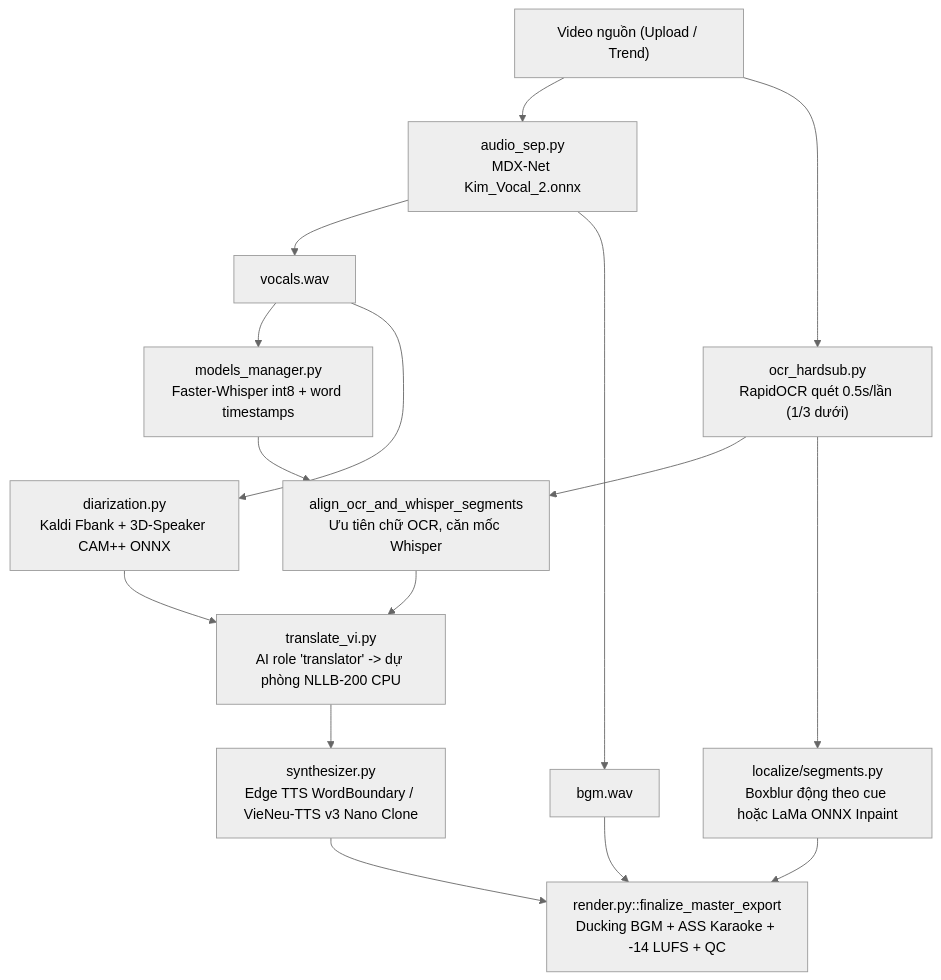
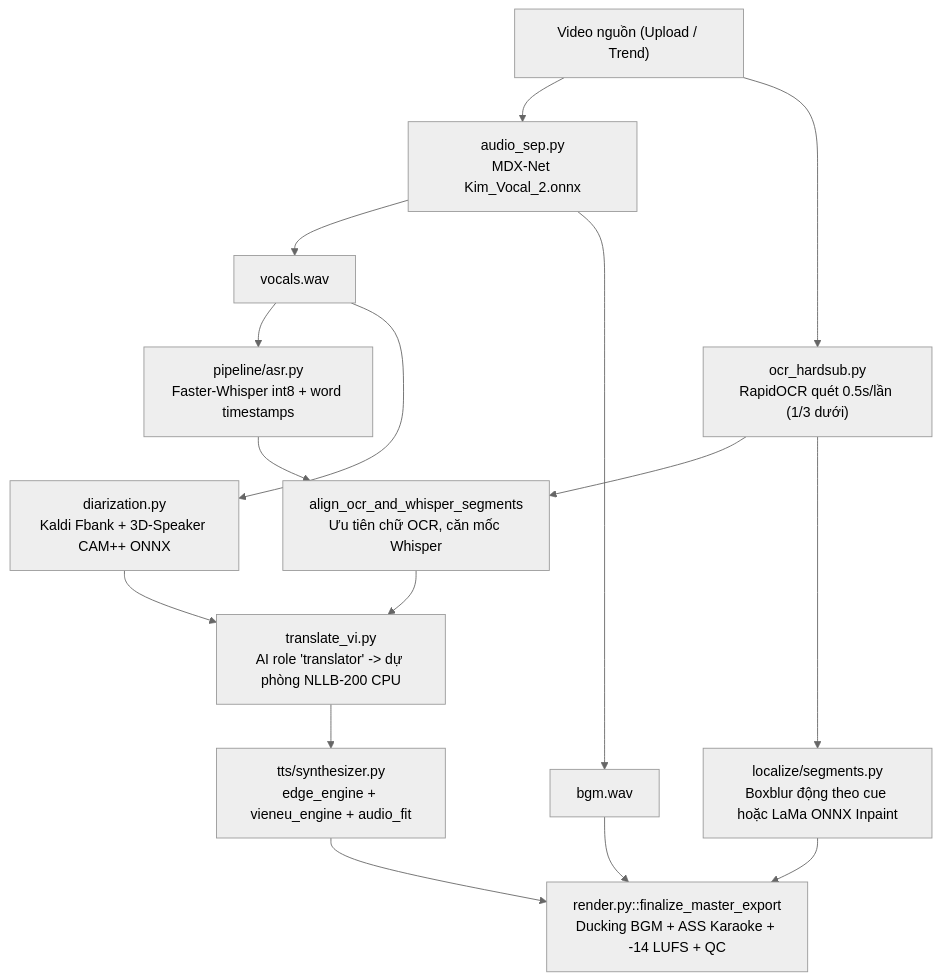
Before and after one commit to BlackWeirdo/video-creating: the second of 2 diagrams in docs/v2-handover.md, drawn with Mermaid (neutral theme). The commit also changed other lines of this file, not shown here.

````diff
--- a/docs/v2-handover.md
+++ b/docs/v2-handover.md
@@ -41,13 +45,13 @@
 ```mermaid
 flowchart TD
   SRC["Video nguồn (Upload / Trend)"] --> MDX["audio_sep.py\nMDX-Net Kim_Vocal_2.onnx"]
   SRC --> OCR["ocr_hardsub.py\nRapidOCR quét 0.5s/lần (1/3 dưới)"]
   MDX --> VOC["vocals.wav"] & BGM["bgm.wav"]
-  VOC --> ASR["models_manager.py\nFaster-Whisper int8 + word timestamps"]
+  VOC --> ASR["pipeline/asr.py\nFaster-Whisper int8 + word timestamps"]
   VOC --> DIAR["diarization.py\nKaldi Fbank + 3D-Speaker CAM++ ONNX"]
   OCR & ASR --> ALIGN["align_ocr_and_whisper_segments\nƯu tiên chữ OCR, căn mốc Whisper"]
   ALIGN & DIAR --> TRANS["translate_vi.py\nAI role 'translator' -> dự phòng NLLB-200 CPU"]
-  TRANS --> TTS["synthesizer.py\nEdge TTS WordBoundary / VieNeu-TTS v3 Nano Clone"]
+  TRANS --> TTS["tts/synthesizer.py\nedge_engine + vieneu_engine + audio_fit"]
   OCR --> MASK["localize/segments.py\nBoxblur động theo cue hoặc LaMa ONNX Inpaint"]
   TTS & MASK & BGM --> EXPORT["render.py::finalize_master_export\nDucking BGM + ASS Karaoke + -14 LUFS + QC"]
 ```
````
